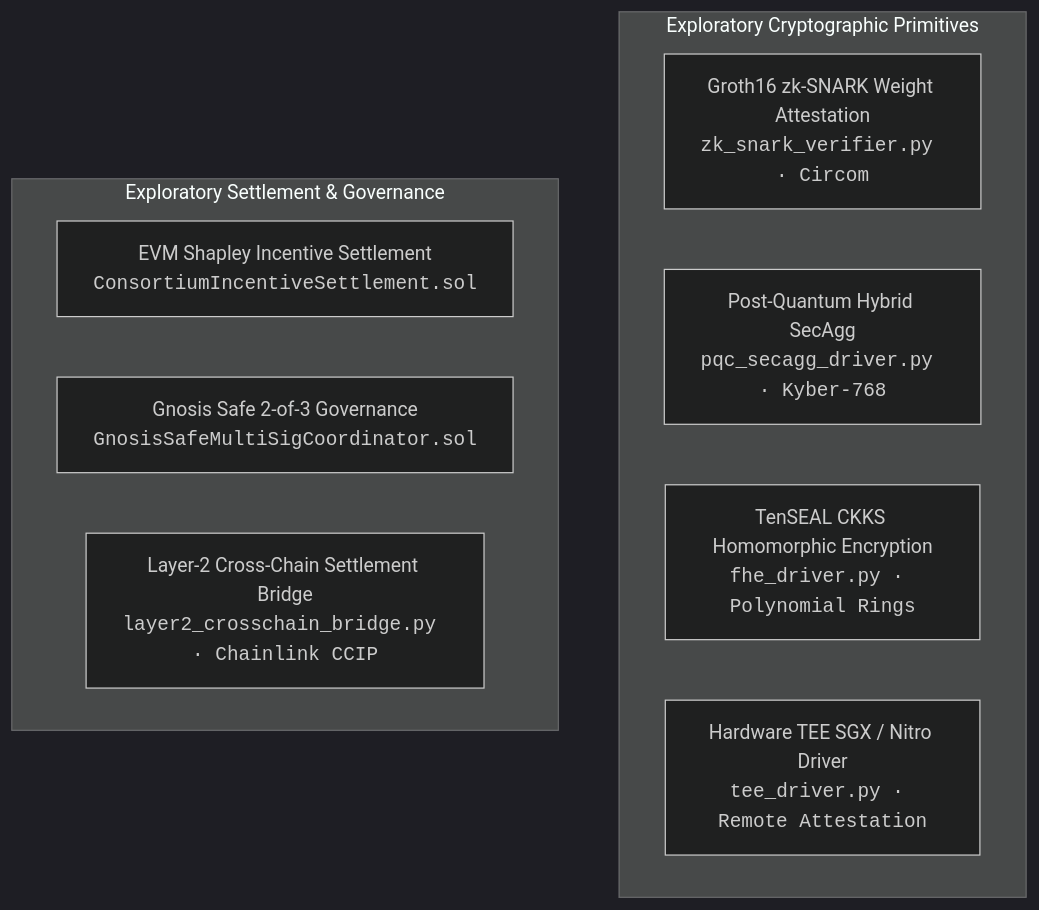
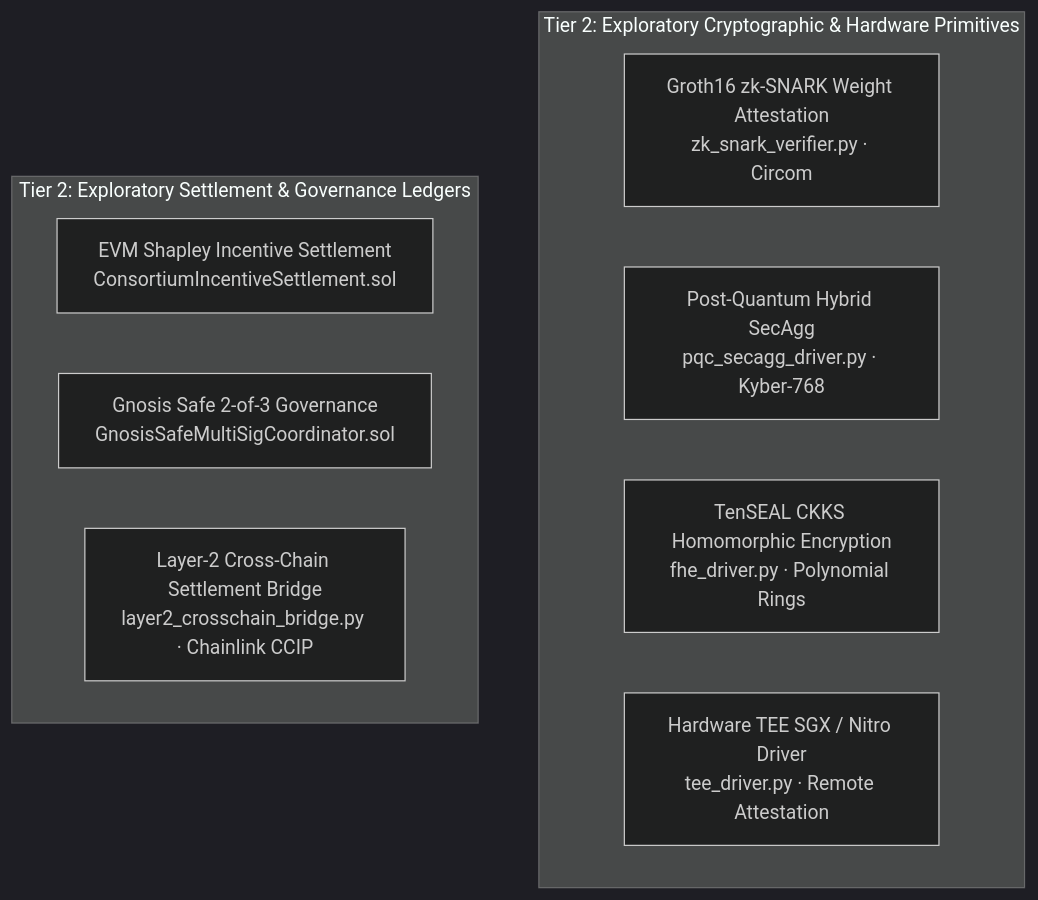
Before and after one commit to yusufcalisir/CF-Intelligence: the fourth of 5 diagrams in README.md, drawn with Mermaid (dark theme). The commit also changed other lines of this file, not shown here.

Commit message:
docs(taxonomy): enforce three-tier architecture and neutralize real bank references in README

````diff
--- a/README.md
+++ b/README.md
@@ -2493,15 +2496,15 @@
 ```mermaid
 flowchart TD
-    subgraph ResearchCrypto["Exploratory Cryptographic Primitives"]
-        zk["Groth16 zk-SNARK Weight Attestation<br/><code>zk_snark_verifier.py · Circom</code>"]
-        PQC["Post-Quantum Hybrid SecAgg<br/><code>pqc_secagg_driver.py · Kyber-768</code>"]
-        FHE["TenSEAL CKKS Homomorphic Encryption<br/><code>fhe_driver.py · Polynomial Rings</code>"]
-        TEE["Hardware TEE SGX / Nitro Driver<br/><code>tee_driver.py · Remote Attestation</code>"]
+    subgraph ResearchCrypto ["Tier 2: Exploratory Cryptographic & Hardware Primitives"]
+        zk["Groth16 zk-SNARK Weight Attestation<br/>zk_snark_verifier.py · Circom"]
+        PQC["Post-Quantum Hybrid SecAgg<br/>pqc_secagg_driver.py · Kyber-768"]
+        FHE["TenSEAL CKKS Homomorphic Encryption<br/>fhe_driver.py · Polynomial Rings"]
+        TEE["Hardware TEE SGX / Nitro Driver<br/>tee_driver.py · Remote Attestation"]
     end
 
-    subgraph ResearchSettlement["Exploratory Settlement & Governance"]
-        EVM["EVM Shapley Incentive Settlement<br/><code>ConsortiumIncentiveSettlement.sol</code>"]
-        MultiSig["Gnosis Safe 2-of-3 Governance<br/><code>GnosisSafeMultiSigCoordinator.sol</code>"]
-        Bridge["Layer-2 Cross-Chain Settlement Bridge<br/><code>layer2_crosschain_bridge.py · Chainlink CCIP</code>"]
+    subgraph ResearchSettlement ["Tier 2: Exploratory Settlement & Governance Ledgers"]
+        EVM["EVM Shapley Incentive Settlement<br/>ConsortiumIncentiveSettlement.sol"]
+        MultiSig["Gnosis Safe 2-of-3 Governance<br/>GnosisSafeMultiSigCoordinator.sol"]
+        Bridge["Layer-2 Cross-Chain Settlement Bridge<br/>layer2_crosschain_bridge.py · Chainlink CCIP"]
     end
 ```
````
